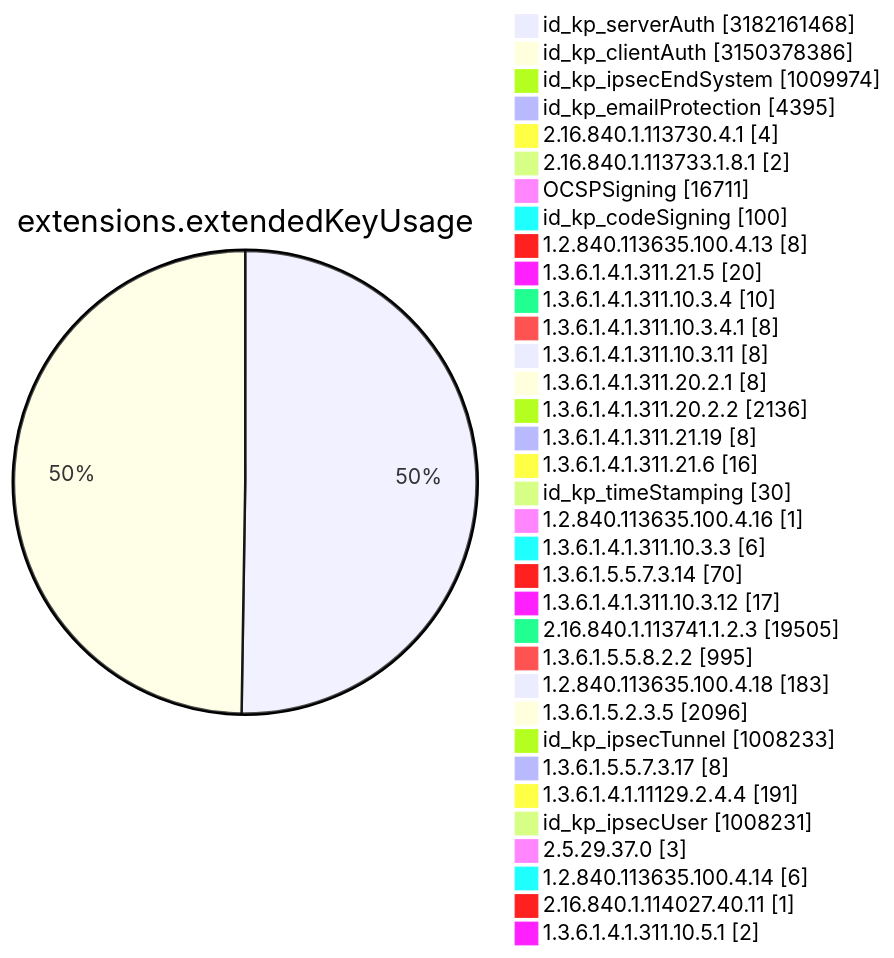
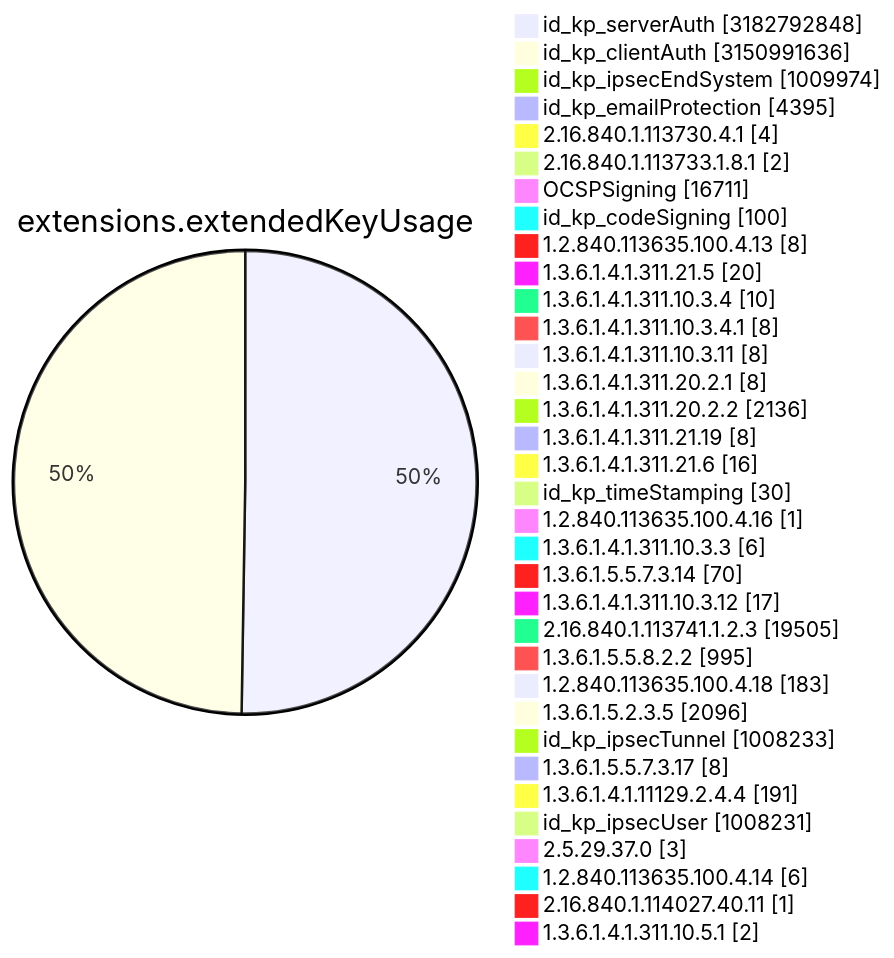
One commit to christiankrug/ctmonitor_visualization changed diagram 11 of 15 in TOTAL/README.md. Above: the diagram before and after it, drawn with Mermaid. The commit also changed other lines of this file, not shown here.

````diff
--- a/TOTAL/README.md
+++ b/TOTAL/README.md
@@ -4119,38 +4119,38 @@
 ```mermaid
 pie showData
 title extensions.extendedKeyUsage
-"id_kp_serverAuth" :3182161468
-"id_kp_clientAuth" :3150378386
+"id_kp_serverAuth" :3182792848
+"id_kp_clientAuth" :3150991636
 "id_kp_ipsecEndSystem" :1009974
 "id_kp_emailProtection" :4395
 "2.16.840.1.113730.4.1" :4
 "2.16.840.1.113733.1.8.1" :2
 "OCSPSigning" :16711
 "id_kp_codeSigning" :100
 "1.2.840.113635.100.4.13" :8
 "1.3.6.1.4.1.311.21.5" :20
 "1.3.6.1.4.1.311.10.3.4" :10
 "1.3.6.1.4.1.311.10.3.4.1" :8
 "1.3.6.1.4.1.311.10.3.11" :8
 "1.3.6.1.4.1.311.20.2.1" :8
 "1.3.6.1.4.1.311.20.2.2" :2136
 "1.3.6.1.4.1.311.21.19" :8
 "1.3.6.1.4.1.311.21.6" :16
 "id_kp_timeStamping" :30
 "1.2.840.113635.100.4.16" :1
 "1.3.6.1.4.1.311.10.3.3" :6
 "1.3.6.1.5.5.7.3.14" :70
 "1.3.6.1.4.1.311.10.3.12" :17
 "2.16.840.1.113741.1.2.3" :19505
 "1.3.6.1.5.5.8.2.2" :995
 "1.2.840.113635.100.4.18" :183
 "1.3.6.1.5.2.3.5" :2096
 "id_kp_ipsecTunnel" :1008233
 "1.3.6.1.5.5.7.3.17" :8
 "1.3.6.1.4.1.11129.2.4.4" :191
 "id_kp_ipsecUser" :1008231
 "2.5.29.37.0" :3
 "1.2.840.113635.100.4.14" :6
 "2.16.840.1.114027.40.11" :1
 "1.3.6.1.4.1.311.10.5.1" :2
 ```
````
